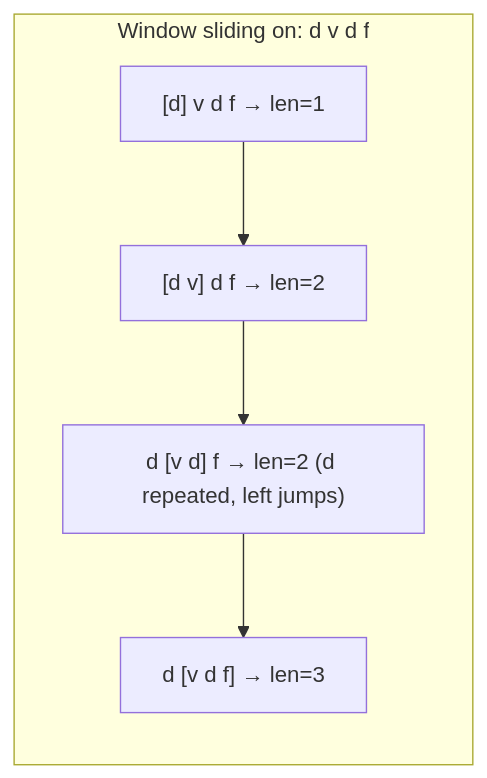
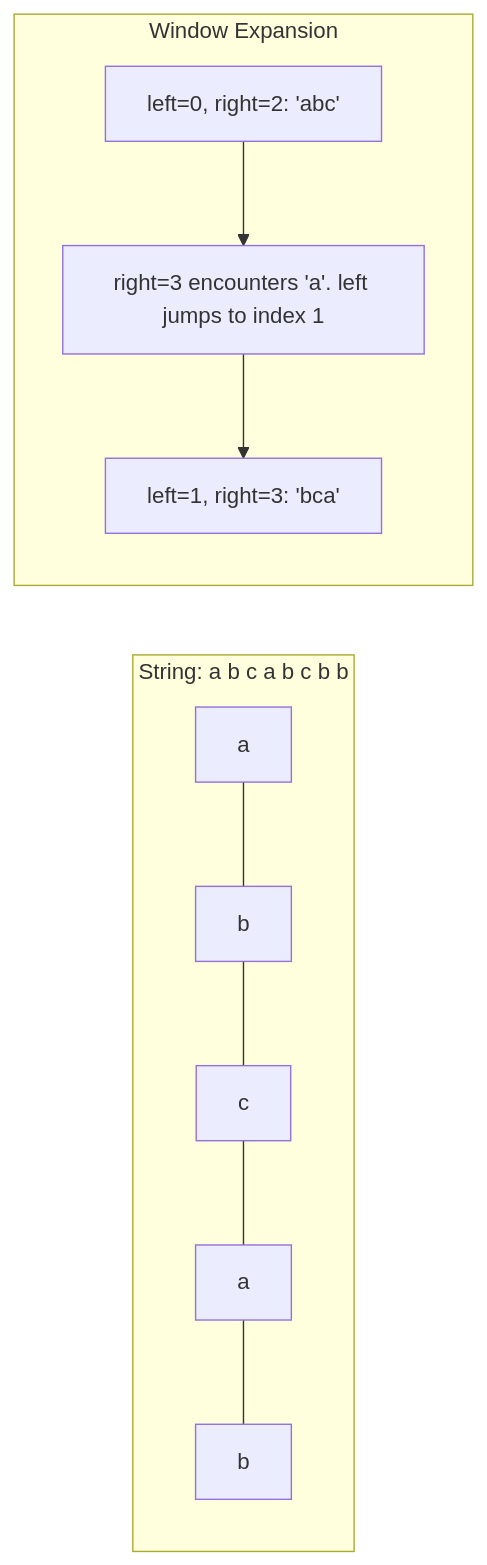
The diagram in practical_exam/q13_longest_substring.md (Hike-12/CCP), drawn with Mermaid before and after one commit. The commit also changed other lines of this file and 17 other files, not shown here.

````diff
--- a/practical_exam/q13_longest_substring.md
+++ b/practical_exam/q13_longest_substring.md
@@ -65,10 +93,14 @@
 ```mermaid
 graph LR
-    subgraph "Window sliding on: d v d f"
-    W1["[d] v d f → len=1"]
-    W2["[d v] d f → len=2"]
-    W3["d [v d] f → len=2 (d repeated, left jumps)"]
-    W4["d [v d f] → len=3"]
+    subgraph "String: a b c a b c b b"
+    I0[a] --- I1[b] --- I2[c] --- I3[a] --- I4[b]
     end
-    W1 --> W2 --> W3 --> W4
+    
+    subgraph "Window Expansion"
+    W1[left=0, right=2: 'abc']
+    W2[right=3 encounters 'a'. left jumps to index 1]
+    W3[left=1, right=3: 'bca']
+    
+    W1 --> W2 --> W3
+    end
 ```
````
